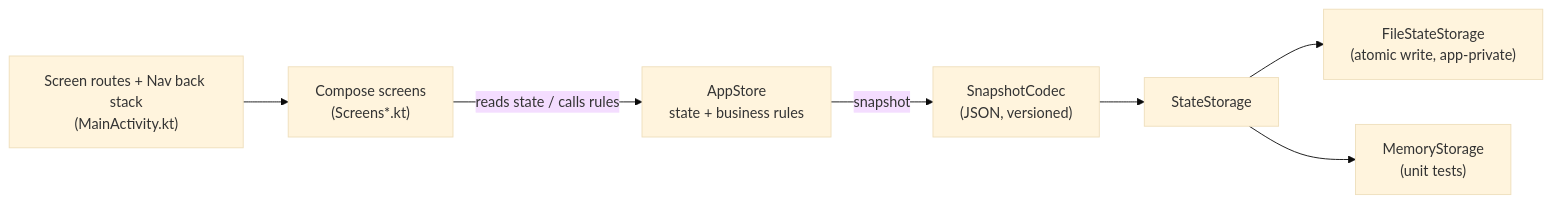
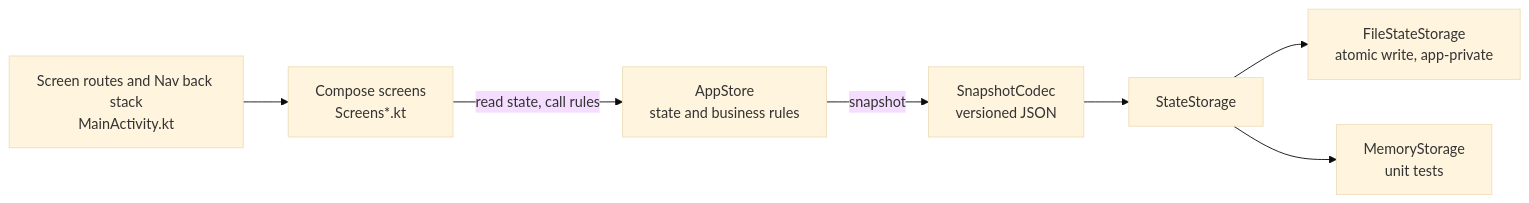
One commit to Saji-d/numa-sim-wallet changed the first of 2 diagrams in README.md. Above: the diagram before and after it, drawn with Mermaid (base theme). The commit also changed other lines of this file, not shown here.

````diff
--- a/README.md
+++ b/README.md
@@ -73,9 +121,9 @@
 ```mermaid
 flowchart LR
-    UI["Compose screens<br/>(Screens*.kt)"] -->|reads state / calls rules| Store["AppStore<br/>state + business rules"]
-    Nav["Screen routes + Nav back stack<br/>(MainActivity.kt)"] --> UI
-    Store -->|snapshot| Codec["SnapshotCodec<br/>(JSON, versioned)"]
-    Codec --> Storage["StateStorage"]
-    Storage --> File["FileStateStorage<br/>(atomic write, app-private)"]
-    Storage --> Mem["MemoryStorage<br/>(unit tests)"]
+  UI["Compose screens<br/>Screens*.kt"] -->|read state, call rules| S["AppStore<br/>state and business rules"]
+  N["Screen routes and Nav back stack<br/>MainActivity.kt"] --> UI
+  S -->|snapshot| C["SnapshotCodec<br/>versioned JSON"]
+  C --> ST["StateStorage"]
+  ST --> F["FileStateStorage<br/>atomic write, app-private"]
+  ST --> M["MemoryStorage<br/>unit tests"]
 ```
````
